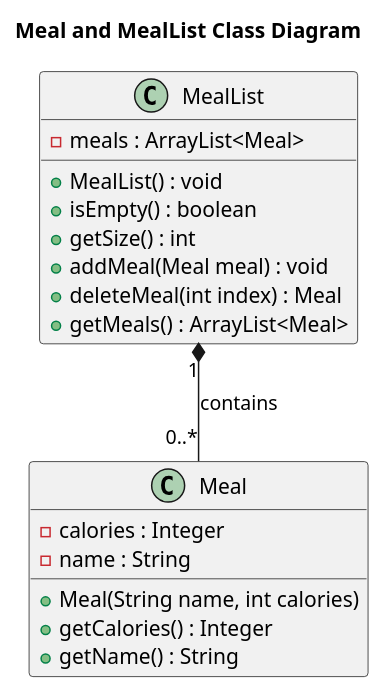
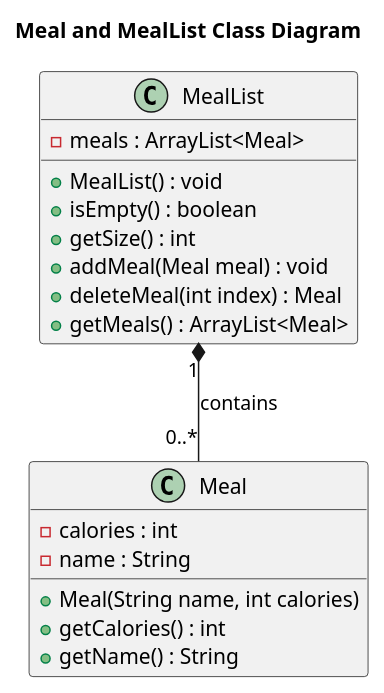
Before and after one commit to nus-cs2113-AY2425S1/tp: the diagram in docs/diagrams/mealAndMealListClassDiagram.puml, drawn with PlantUML. The commit also changed 3 other files, not shown here.

```diff
--- a/docs/diagrams/mealAndMealListClassDiagram.puml
+++ b/docs/diagrams/mealAndMealListClassDiagram.puml
@@ -1,24 +1,24 @@
 @startuml
 title Meal and MealList Class Diagram
 
 class Meal {
-    - calories : Integer
+    - calories : int
     - name : String
     + Meal(String name, int calories)
-    + getCalories() : Integer
+    + getCalories() : int
     + getName() : String
 }
 
 class MealList {
     - meals : ArrayList<Meal>
     + MealList() : void
     + isEmpty() : boolean
     + getSize() : int
     + addMeal(Meal meal) : void
     + deleteMeal(int index) : Meal
     + getMeals() : ArrayList<Meal>
 }
 
 MealList "1" *-- "0..*" Meal : contains
 
 @enduml
```
